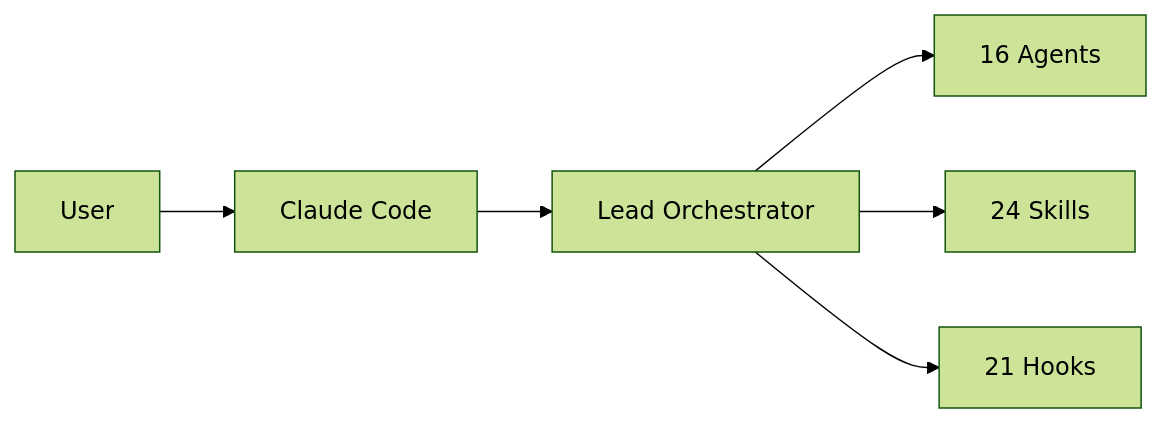
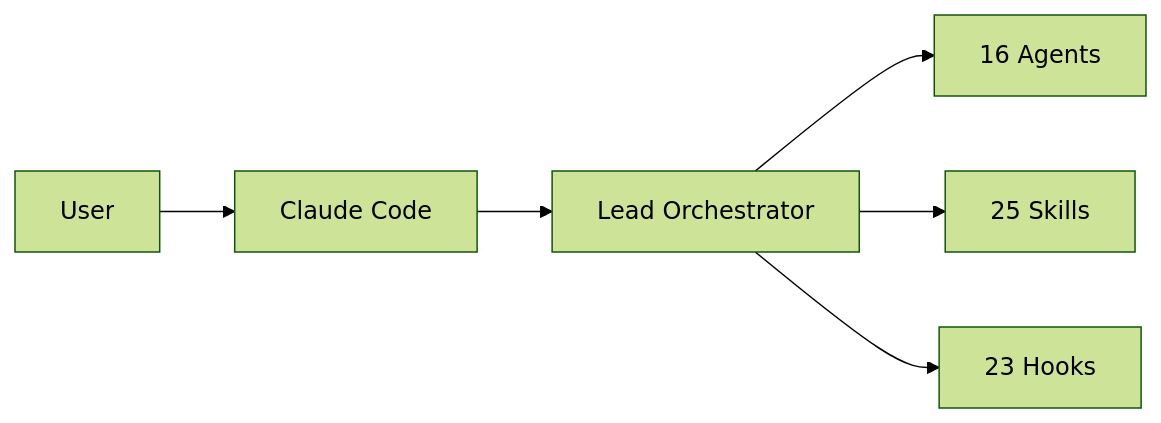
Before and after one commit to MaciWP/claude-code-poneglyph: the first of 2 diagrams in CLAUDE.md, drawn with Mermaid (forest theme). The commit also changed other lines of this file and 14 other files, not shown here.

````diff
--- a/CLAUDE.md
+++ b/CLAUDE.md
@@ -61,8 +61,8 @@
 ```mermaid
 graph LR
     User --> CC[Claude Code]
     CC --> Orch[Lead Orchestrator]
     Orch --> Agents[16 Agents]
-    Orch --> Skills[24 Skills]
-    Orch --> Hooks[21 Hooks]
+    Orch --> Skills[25 Skills]
+    Orch --> Hooks[23 Hooks]
 ```
````
